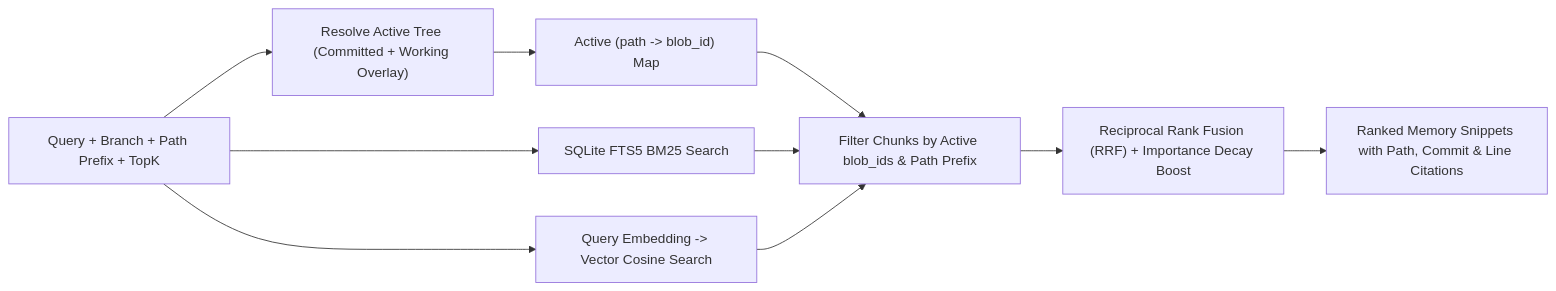
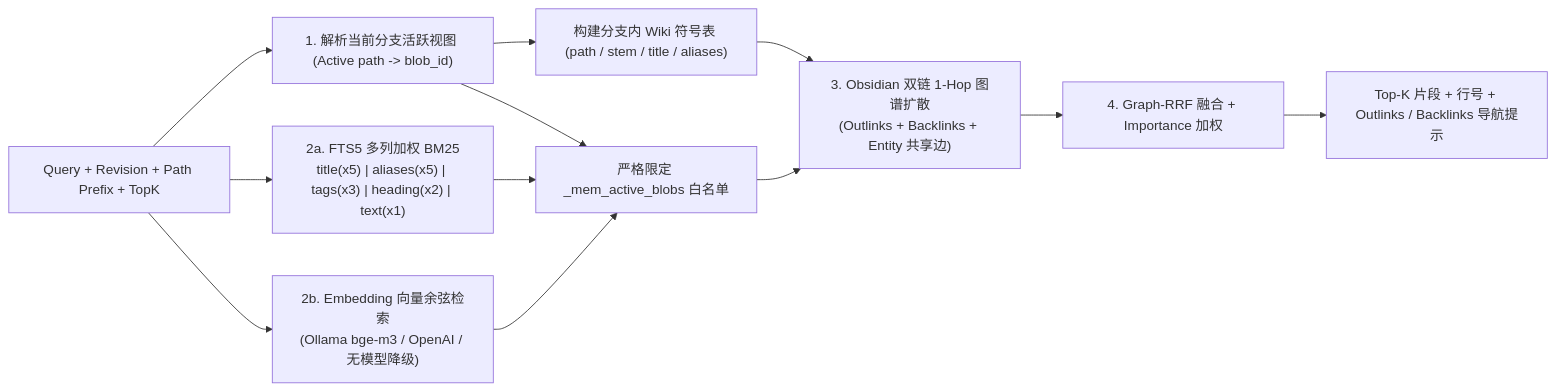
The fourth of 4 diagrams in docs/ARCHITECTURE.md (z23ng/engram), drawn with Mermaid before and after one commit. The commit also changed other lines of this file and 44 other files, not shown here.

Commit message:
feat: implement CAS/Merkle VCS, Obsidian Wiki-Graph hybrid search, CLI/MCP, and one-click deploy

````diff
--- a/docs/ARCHITECTURE.md
+++ b/docs/ARCHITECTURE.md
@@ -217,15 +251,17 @@
 ```mermaid
 flowchart LR
-    Query["Query + Branch + Path Prefix + TopK"] --> Resolve["Resolve Active Tree (Committed + Working Overlay)"]
-    Resolve --> ActiveBlobs["Active (path -> blob_id) Map"]
+    Query["Query + Revision + Path Prefix + TopK"] --> Resolve["1. 解析当前分支活跃视图 (Active path -> blob_id)"]
+    Resolve --> WikiDict["构建分支内 Wiki 符号表 (path / stem / title / aliases)"]
 
-    Query --> BM25["SQLite FTS5 BM25 Search"]
-    Query --> Embed["Query Embedding -> Vector Cosine Search"]
+    Query --> BM25["2a. FTS5 多列加权 BM25\ntitle(x5) | aliases(x5) | tags(x3) | heading(x2) | text(x1)"]
+    Query --> Embed["2b. Embedding 向量余弦检索\n(Ollama bge-m3 / OpenAI / 无模型降级)"]
 
-    ActiveBlobs --> Filter["Filter Chunks by Active blob_ids & Path Prefix"]
-    BM25 --> Filter
-    Embed --> Filter
+    Resolve --> ActiveFilter["严格限定 _mem_active_blobs 白名单"]
+    BM25 --> ActiveFilter
+    Embed --> ActiveFilter
 
-    Filter --> RRF["Reciprocal Rank Fusion (RRF) + Importance Decay Boost"]
-    RRF --> Output["Ranked Memory Snippets with Path, Commit & Line Citations"]
+    ActiveFilter --> GraphHop["3. Obsidian 双链 1-Hop 图谱扩散\n(Outlinks + Backlinks + Entity 共享边)"]
+    WikiDict --> GraphHop
+    GraphHop --> RRF["4. Graph-RRF 融合 + Importance 加权"]
+    RRF --> Output["Top-K 片段 + 行号 + Outlinks / Backlinks 导航提示"]
 ```
````
